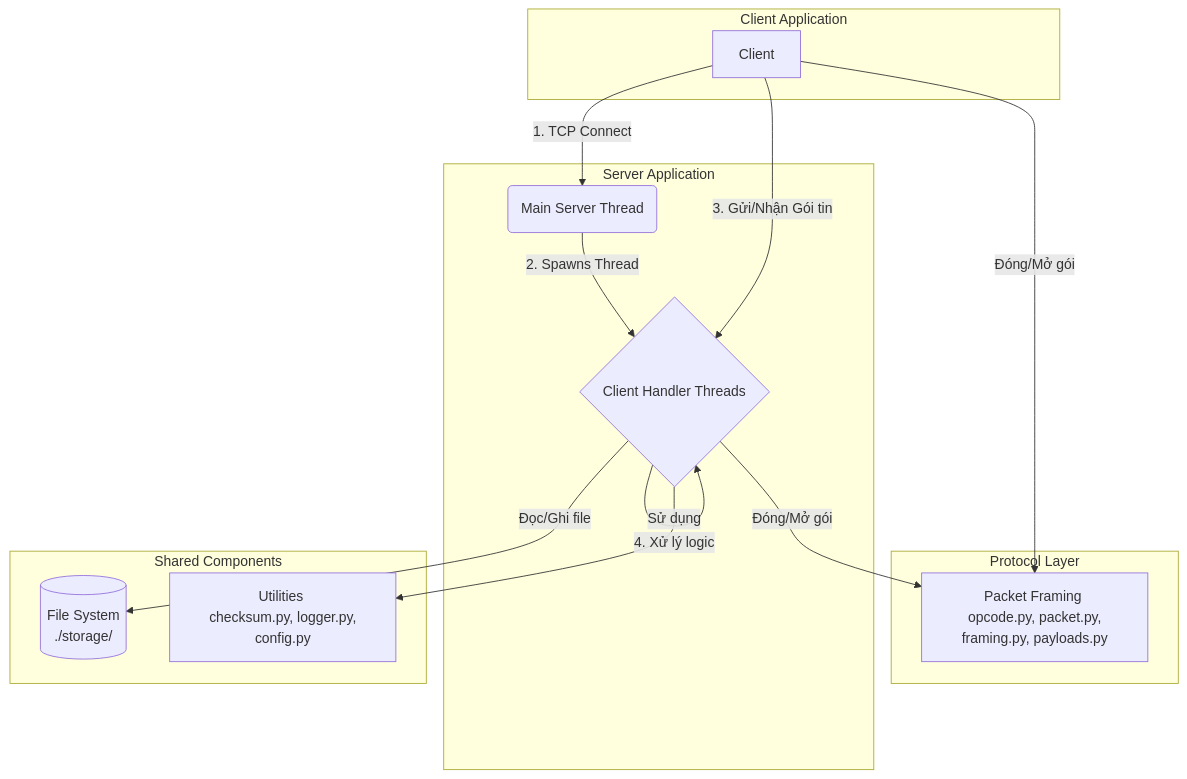
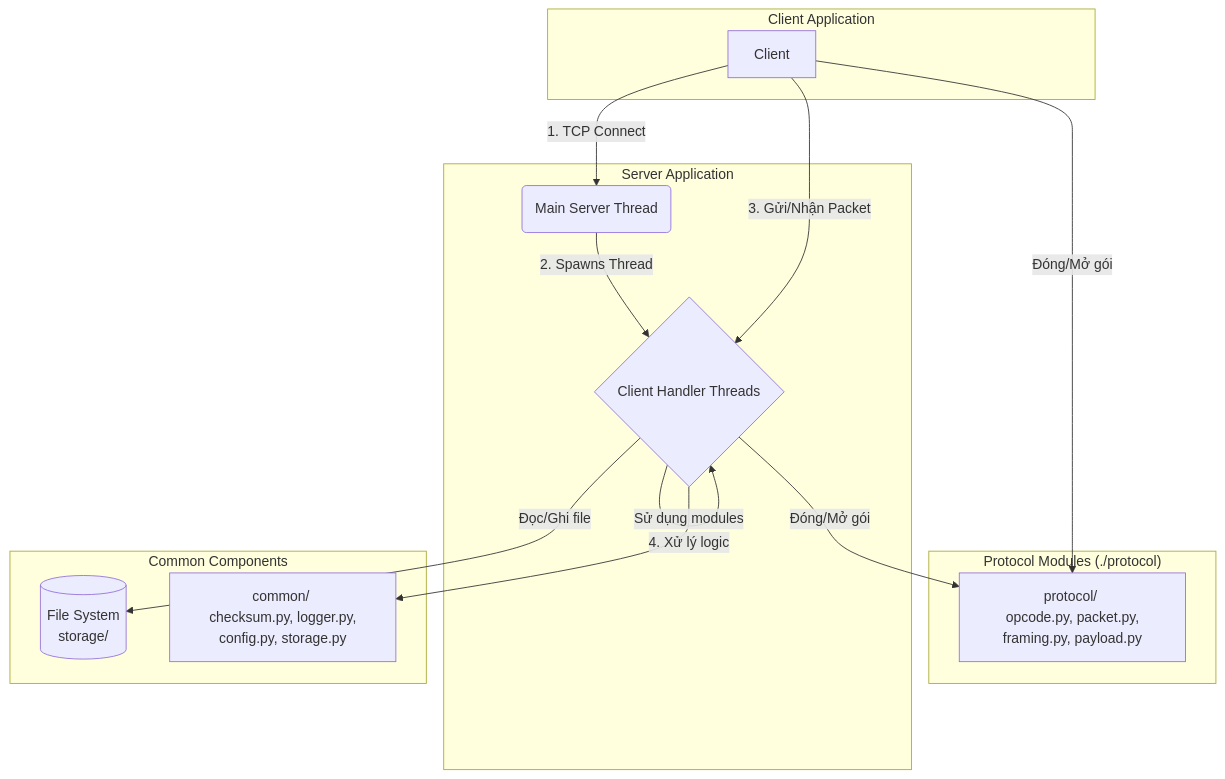
One commit to Quan064/FileTransfer changed the diagram in README.md. Above: the diagram before and after it, drawn with Mermaid. The commit also changed other lines of this file and 5 other files, not shown here.

````diff
--- a/README.md
+++ b/README.md
@@ -17,31 +31,31 @@
 ```mermaid
 graph TD
     subgraph "Client Application"
         A[Client]
     end
 
     subgraph "Server Application"
         B(Main Server Thread)
         C{Client Handler Threads}
     end
 
-    subgraph "Protocol Layer"
-        P[Packet Framing <br/> opcode.py, packet.py, framing.py, payloads.py]
+    subgraph "Protocol Modules (./protocol)"
+        P[protocol/ <br/> opcode.py, packet.py, framing.py, payload.py]
     end
 
-    subgraph "Shared Components"
-        U[Utilities <br/> checksum.py, logger.py, config.py]
-        FS[(File System <br/> ./storage/)]
+    subgraph "Common Components"
+        U[common/ <br/> checksum.py, logger.py, config.py, storage.py]
+        FS[(File System <br/> storage/)]
     end
 
     A -- "1. TCP Connect" --> B
     B -- "2. Spawns Thread" --> C
-    A -- "3. Gửi/Nhận Gói tin" --> C
+    A -- "3. Gửi/Nhận Packet" --> C
     
     C -- "4. Xử lý logic" --> C
     C -- "Đọc/Ghi file" --> FS
-    C -- "Sử dụng" --> U
+    C -- "Sử dụng modules" --> U
 
     A -- "Đóng/Mở gói" --> P
     C -- "Đóng/Mở gói" --> P
 ```
````
